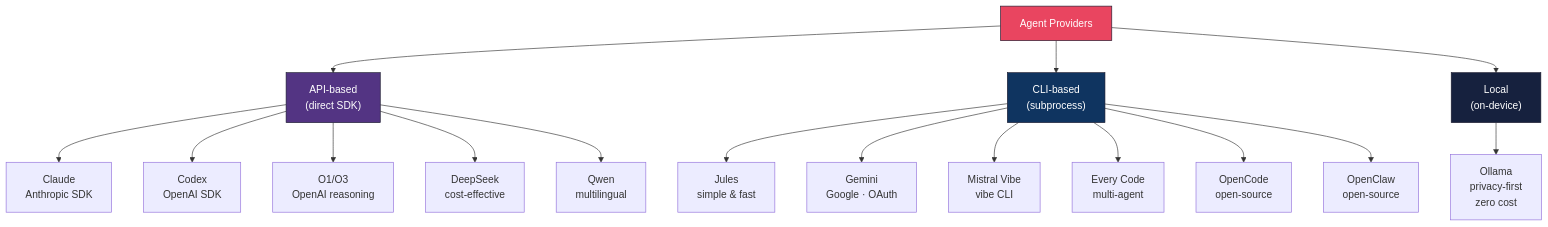
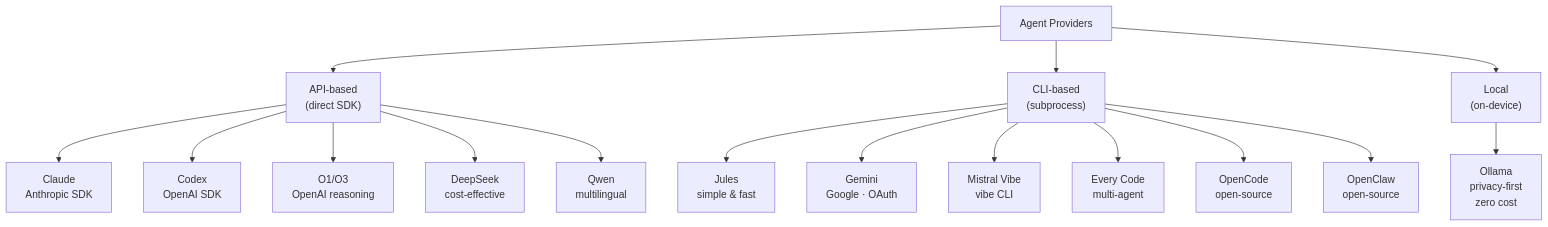
The third of 11 diagrams in docs/getting-started/GETTING_STARTED_WITH_AGENTS.md (docxology/codomyrmex), drawn with Mermaid before and after one commit. The commit also changed other lines of this file and 86 other files, not shown here.

````diff
--- a/docs/getting-started/GETTING_STARTED_WITH_AGENTS.md
+++ b/docs/getting-started/GETTING_STARTED_WITH_AGENTS.md
@@ -177,26 +167,21 @@
 ```mermaid
 graph TD
     ROOT["Agent Providers"] --> API["API-based<br/>(direct SDK)"]
     ROOT --> CLI_B["CLI-based<br/>(subprocess)"]
     ROOT --> LOCAL["Local<br/>(on-device)"]
 
     API --> CLAUDE_P["Claude<br/>Anthropic SDK"]
     API --> CODEX_P["Codex<br/>OpenAI SDK"]
     API --> O1_P["O1/O3<br/>OpenAI reasoning"]
     API --> DS_P["DeepSeek<br/>cost-effective"]
     API --> QW_P["Qwen<br/>multilingual"]
 
     CLI_B --> JULES_P["Jules<br/>simple & fast"]
     CLI_B --> GEMINI_P["Gemini<br/>Google · OAuth"]
     CLI_B --> MISTRAL_P["Mistral Vibe<br/>vibe CLI"]
     CLI_B --> EC_P["Every Code<br/>multi-agent"]
     CLI_B --> OC_P["OpenCode<br/>open-source"]
     CLI_B --> OW_P["OpenClaw<br/>open-source"]
 
     LOCAL --> OLLAMA_P["Ollama<br/>privacy-first<br/>zero cost"]
-
-    style ROOT fill:#e94560,stroke:#1a1a2e,color:#fff
-    style API fill:#533483,stroke:#1a1a2e,color:#fff
-    style CLI_B fill:#0f3460,stroke:#1a1a2e,color:#fff
-    style LOCAL fill:#16213e,stroke:#1a1a2e,color:#fff
 ```
````
